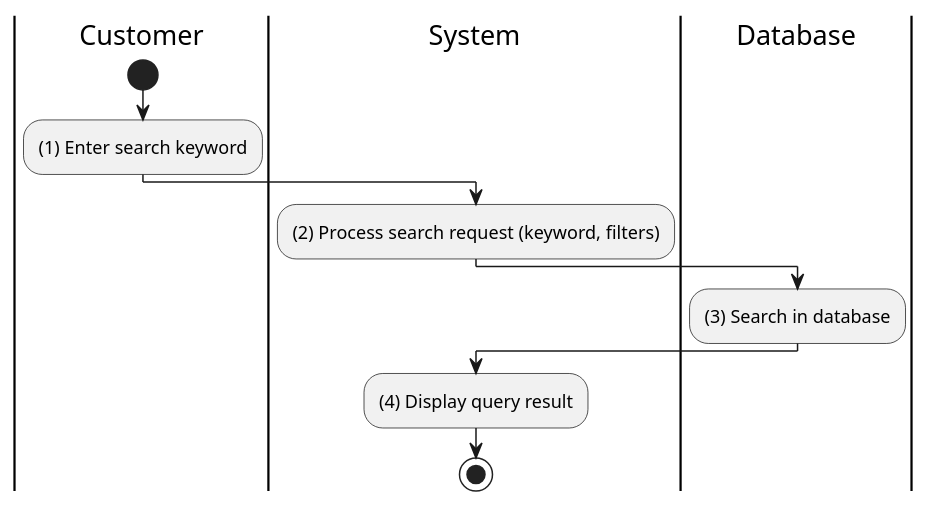
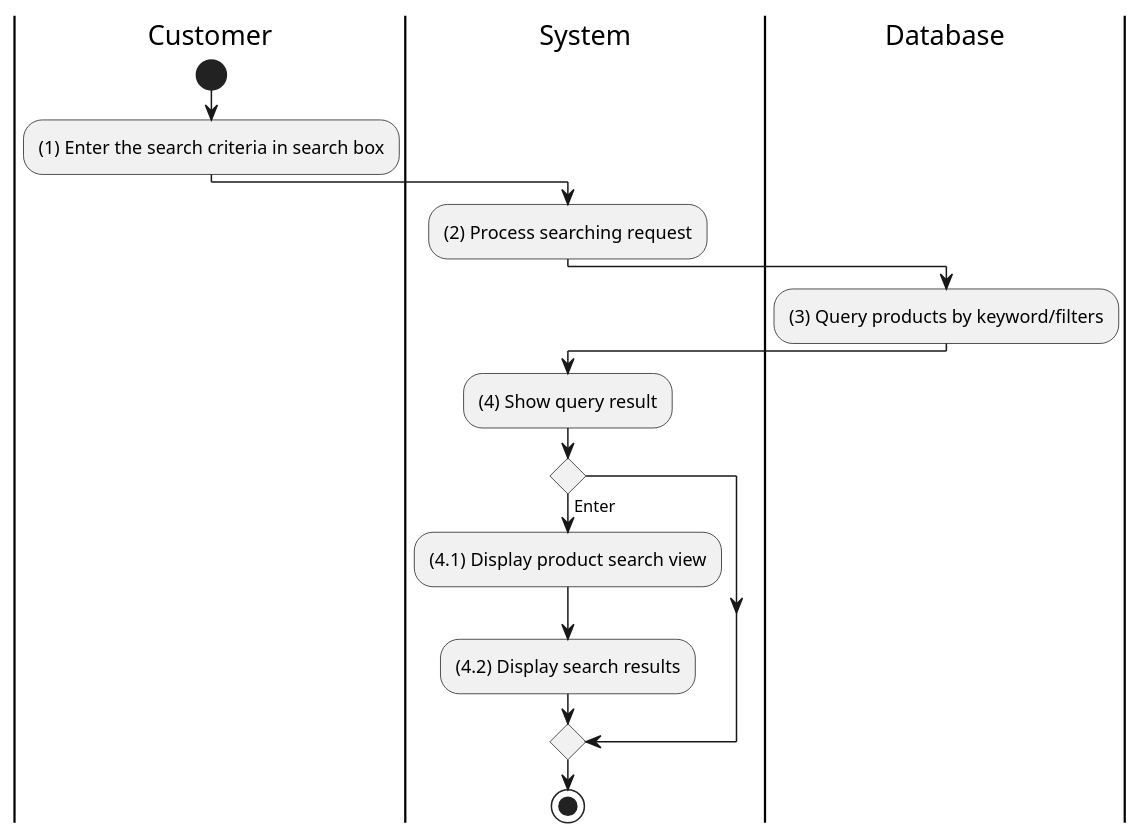
One commit to electricilies/electricilies.github.io changed the diagram in docs/docs/activity/view-product/search-product.md. Above: the diagram before and after it, drawn with PlantUML. The commit also changed other lines of this file and 38 other files, not shown here.

````diff
--- a/docs/docs/activity/view-product/search-product.md
+++ b/docs/docs/activity/view-product/search-product.md
@@ -3,18 +3,23 @@
 ```plantuml
 @startuml
 |C|Customer
+|S|System
+|D|Database
+
+|C|
 start
-:(1) Enter search keyword;
+:(1) Enter the search criteria in search box;
+|S|
+:(2) Process searching request;
+|D|
+:(3) Query products by keyword/filters;
+|S|
+:(4) Show query result;
+if () then (Enter)
+  :(4.1) Display product search view;
+  :(4.2) Display search results;
+endif
+stop
 
-|S|System
-:(2) Process search request (keyword, filters);
-
-|D|Database
-:(3) Search in database;
-
-|S|
-:(4) Display query result;
-
-stop
 @enduml
 ```
````
